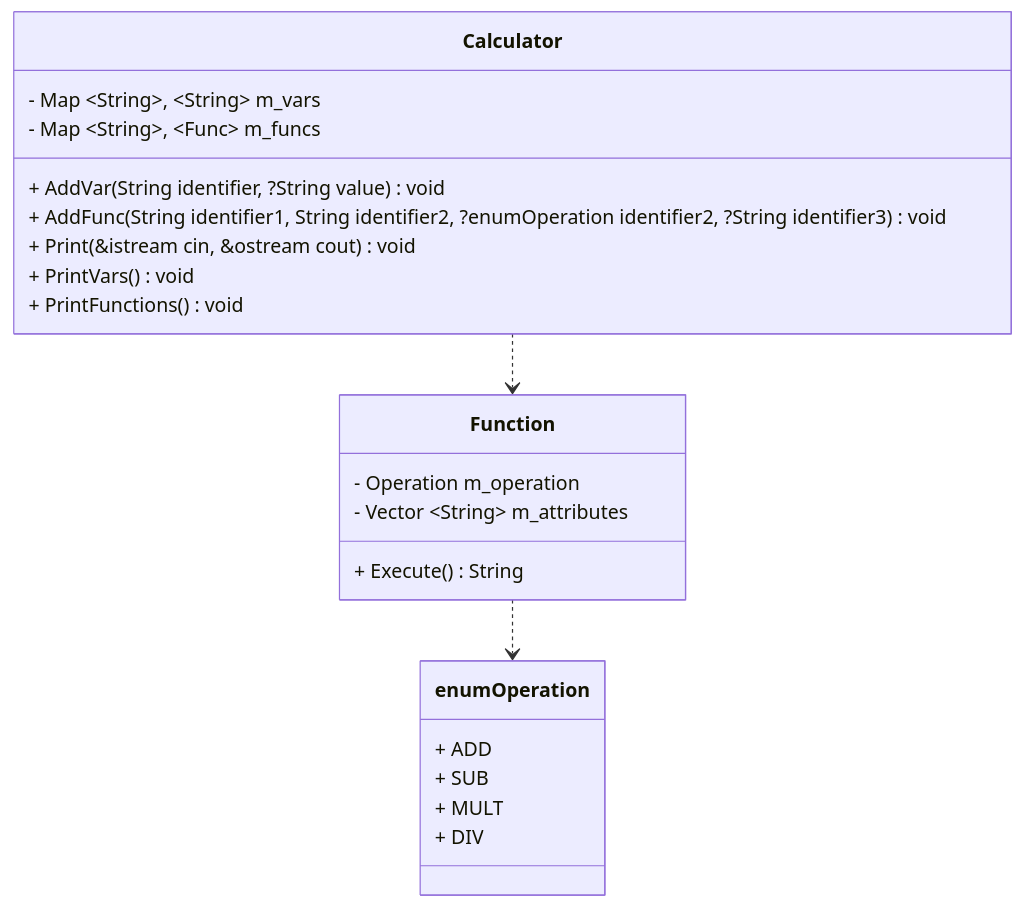
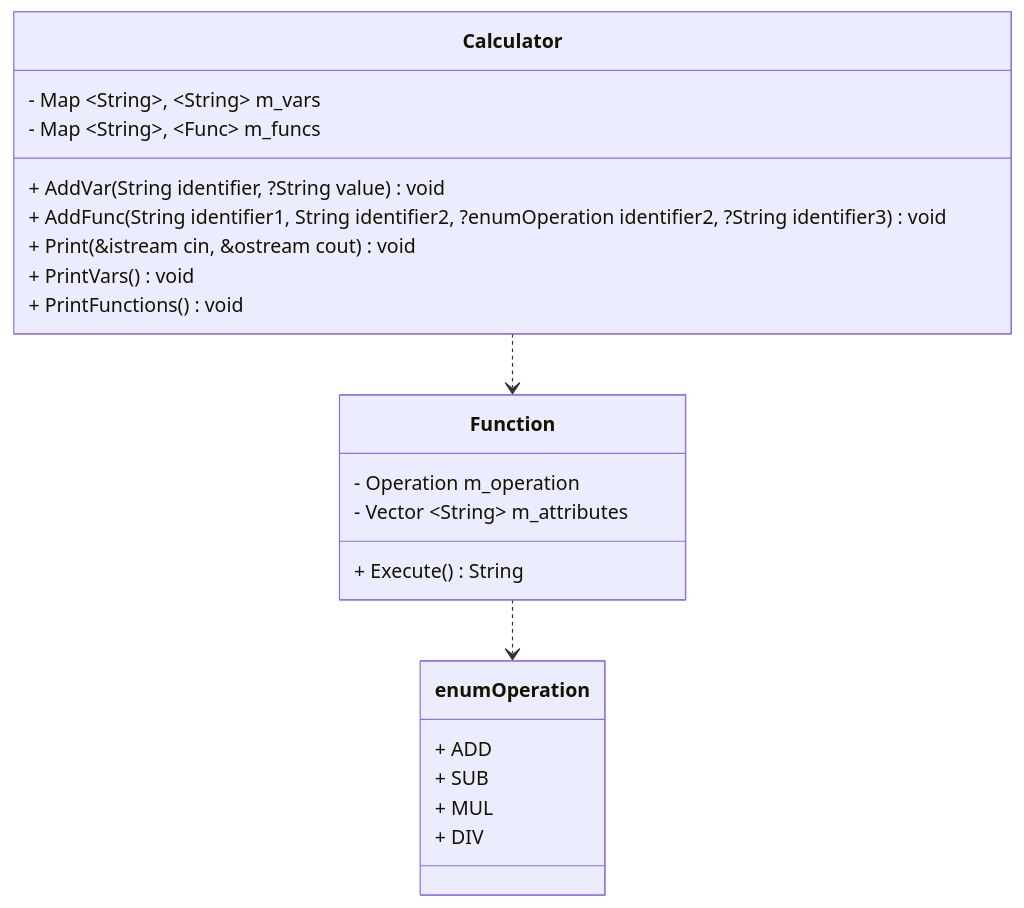
One commit to 555Jeka555/OOP-labs changed the diagram in lab3/2_1/OOP-2024-03-25-205329.md. Above: the diagram before and after it, drawn with Mermaid. The commit also changed 15 other files, not shown here.

````diff
--- a/lab3/2_1/OOP-2024-03-25-205329.md
+++ b/lab3/2_1/OOP-2024-03-25-205329.md
@@ -1,28 +1,28 @@
 ```mermaid
     classDiagram
         Calculator ..> Function
         Function ..> enumOperation
     
         class enum Operation {
             + ADD
             + SUB
-            + MULT
+            + MUL
             + DIV
         }
     
         class Function {
             - Operation m_operation
             - Vector ~String~ m_attributes
             + Execute() String
         }
     
         class Calculator {
             - Map ~String~, ~String~ m_vars
             - Map ~String~, ~Func~ m_funcs
             + AddVar(String identifier, ?String value) void
             + AddFunc(String identifier1, String identifier2, ?enumOperation identifier2, ?String identifier3) void
             + Print(&istream cin, &ostream cout) void
             + PrintVars() void
             + PrintFunctions() void
         }
 ```
````
